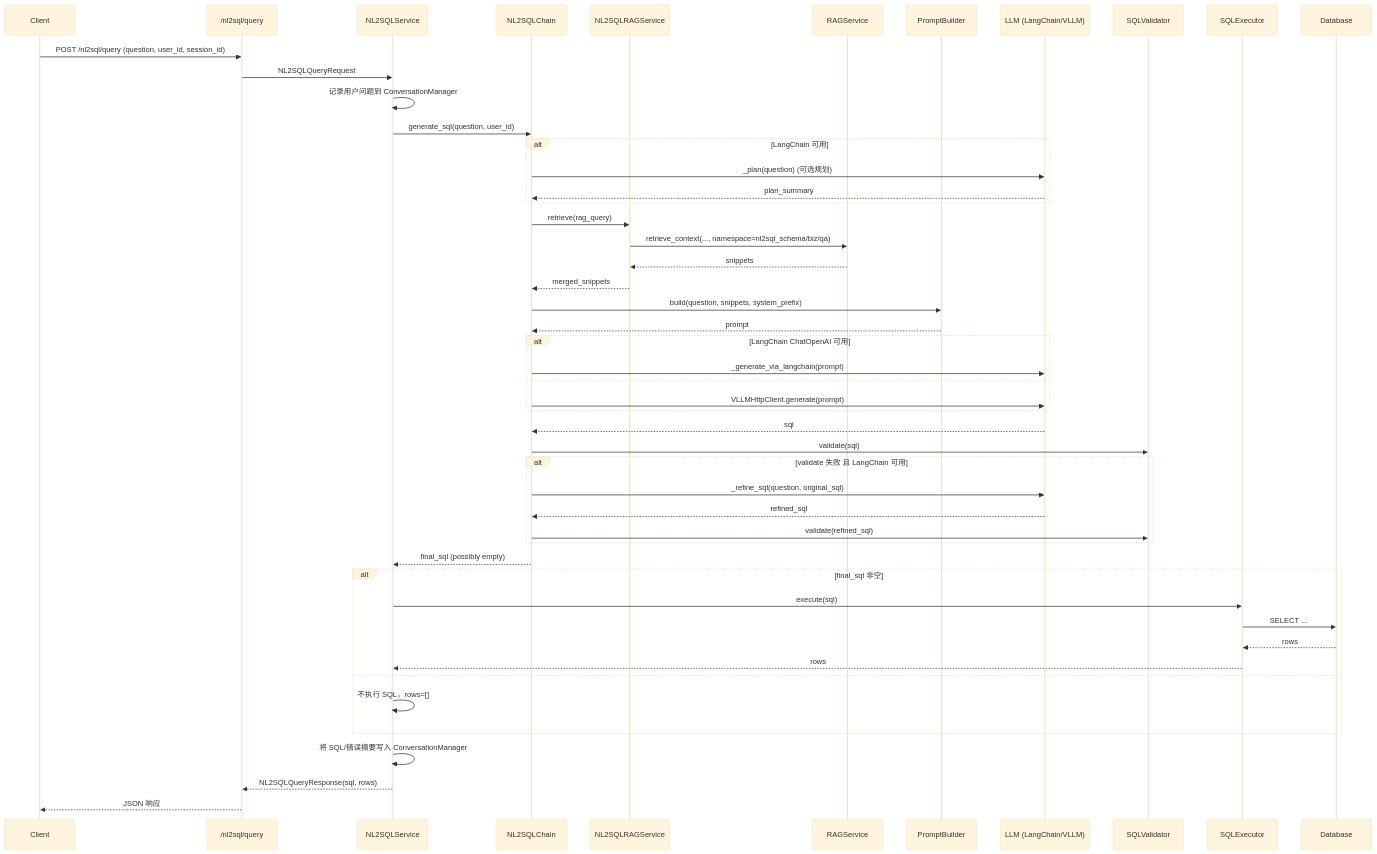
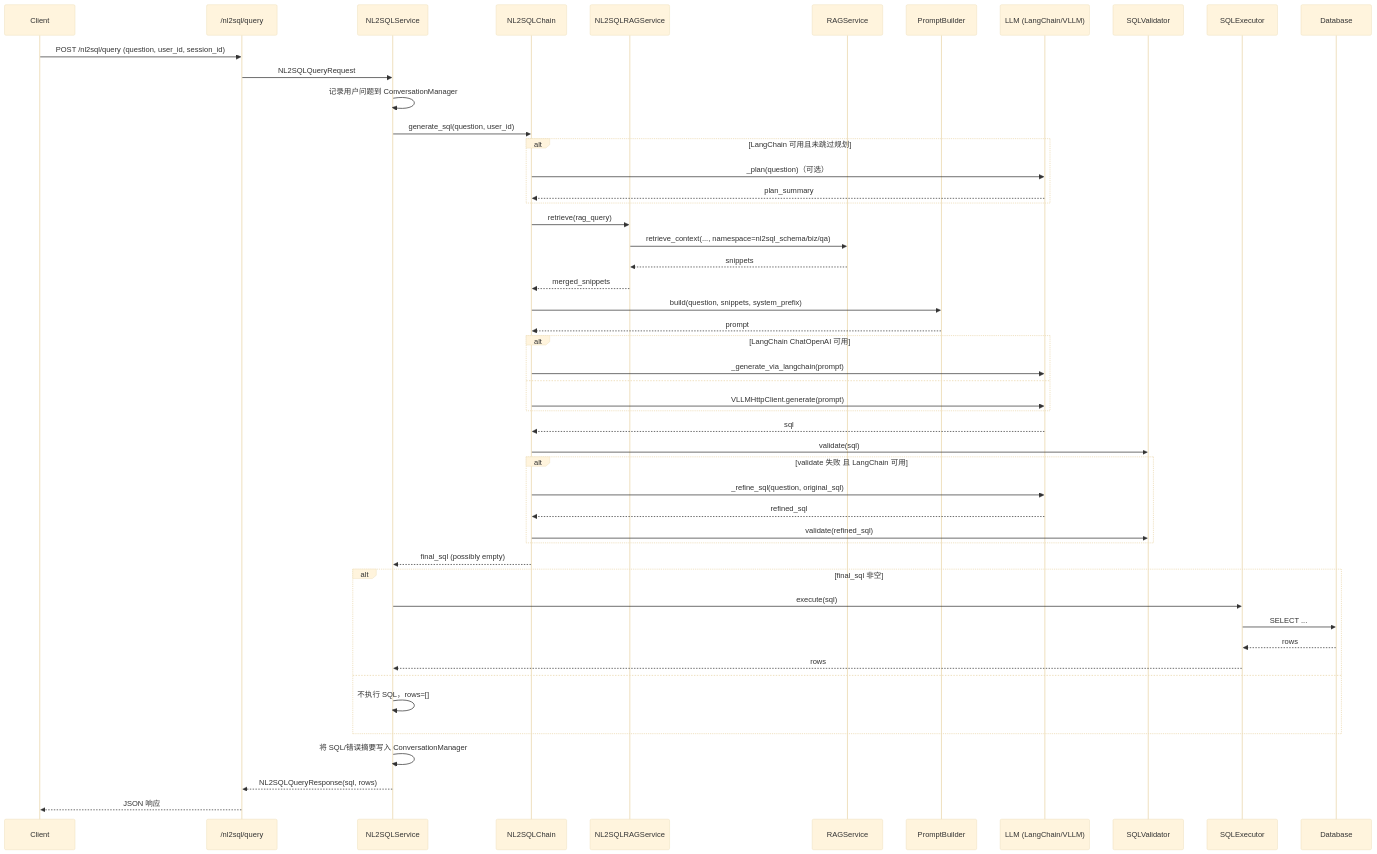
One commit to gaocf888/models_app_framework changed the second of 3 diagrams in framework-guide/NL2SQL整体实现技术说明.md. Above: the diagram before and after it, drawn with Mermaid (base theme). The commit also changed other lines of this file and 12 other files, not shown here.

````diff
--- a/framework-guide/NL2SQL整体实现技术说明.md
+++ b/framework-guide/NL2SQL整体实现技术说明.md
@@ -130,60 +134,60 @@
 ```mermaid
 sequenceDiagram
     participant Client
     participant API as /nl2sql/query
     participant Svc as NL2SQLService
     participant Chain as NL2SQLChain
     participant RAG as NL2SQLRAGService
     participant RBase as RAGService
     participant PB as PromptBuilder
     participant LLM as LLM (LangChain/VLLM)
     participant Val as SQLValidator
     participant Exec as SQLExecutor
     participant DB as Database
 
     Client->>API: POST /nl2sql/query (question, user_id, session_id)
     API->>Svc: NL2SQLQueryRequest
     Svc->>Svc: 记录用户问题到 ConversationManager
     Svc->>Chain: generate_sql(question, user_id)
 
-    alt LangChain 可用
-        Chain->>LLM: _plan(question) (可选规划)
+    alt LangChain 可用且未跳过规划
+        Chain->>LLM: _plan(question)（可选）
         LLM-->>Chain: plan_summary
     end
 
     Chain->>RAG: retrieve(rag_query)
     RAG->>RBase: retrieve_context(..., namespace=nl2sql_schema/biz/qa)
     RBase-->>RAG: snippets
     RAG-->>Chain: merged_snippets
 
     Chain->>PB: build(question, snippets, system_prefix)
     PB-->>Chain: prompt
 
     alt LangChain ChatOpenAI 可用
         Chain->>LLM: _generate_via_langchain(prompt)
     else
         Chain->>LLM: VLLMHttpClient.generate(prompt)
     end
     LLM-->>Chain: sql
 
     Chain->>Val: validate(sql)
     alt validate 失败 且 LangChain 可用
         Chain->>LLM: _refine_sql(question, original_sql)
         LLM-->>Chain: refined_sql
         Chain->>Val: validate(refined_sql)
     end
     Chain-->>Svc: final_sql (possibly empty)
 
     alt final_sql 非空
         Svc->>Exec: execute(sql)
         Exec->>DB: SELECT ...
         DB-->>Exec: rows
         Exec-->>Svc: rows
     else
         Svc->>Svc: 不执行 SQL，rows=[]
     end
 
     Svc->>Svc: 将 SQL/错误摘要写入 ConversationManager
     Svc-->>API: NL2SQLQueryResponse(sql, rows)
     API-->>Client: JSON 响应
 ```
````
